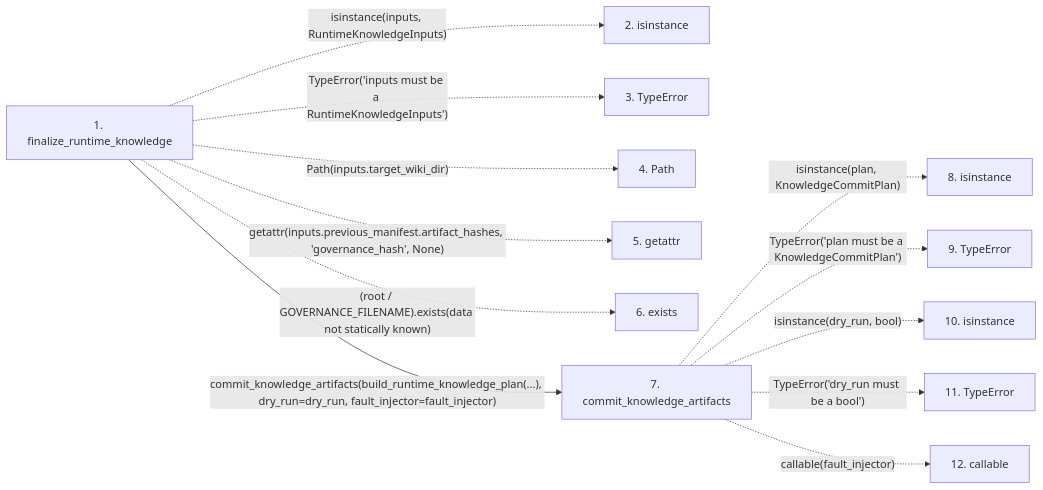
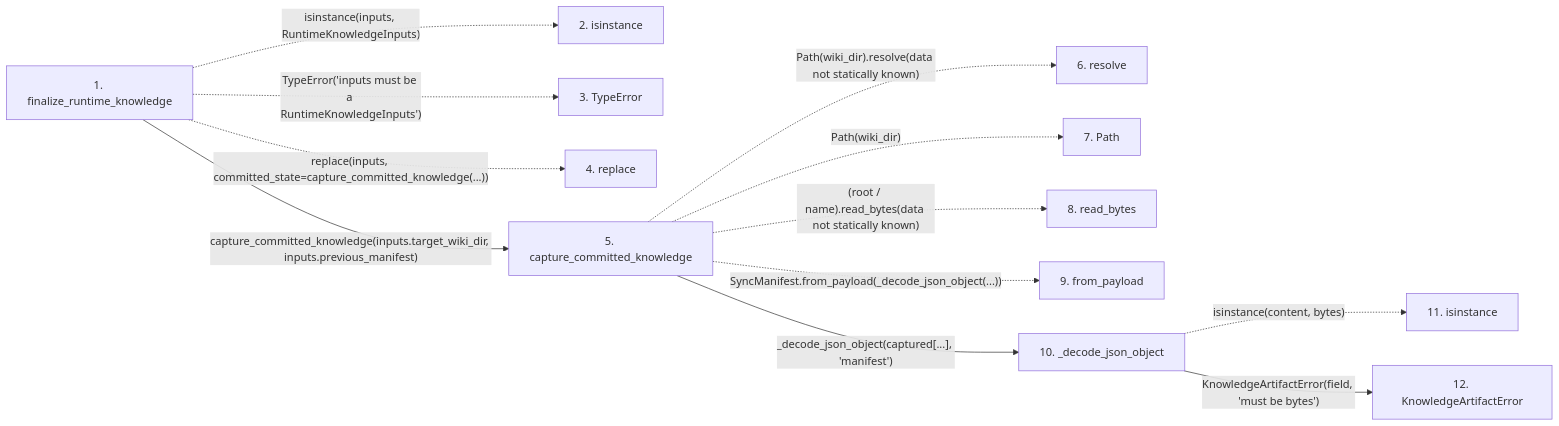
Before and after one commit to Denissvgn/python-wiki-llm: the second of 2 diagrams in docs/llm_wiki/flows/api-finalize_runtime_knowledge.md, drawn with Mermaid. The commit also changed other lines of this file and 240 other files, not shown here.

Commit message:
docs: refresh wiki for validated runtime updates

````diff
--- a/docs/llm_wiki/flows/api-finalize_runtime_knowledge.md
+++ b/docs/llm_wiki/flows/api-finalize_runtime_knowledge.md
@@ -95,28 +97,30 @@
 ```mermaid
 flowchart LR
     s1["1. finalize_runtime_knowledge"]
     s2["2. isinstance"]
     s3["3. TypeError"]
-    s4["4. Path"]
-    s5["5. getattr"]
-    s6["6. exists"]
-    s7["7. commit_knowledge_artifacts"]
-    s8["8. isinstance"]
-    s9["9. TypeError"]
-    s10["10. isinstance"]
-    s11["11. TypeError"]
-    s12["12. callable"]
+    s4["4. replace"]
+    s5["5. capture_committed_knowledge"]
+    s6["6. resolve"]
+    s7["7. Path"]
+    s8["8. read_bytes"]
+    s9["9. from_payload"]
+    s10["10. _decode_json_object"]
+    s11["11. isinstance"]
+    s12["12. KnowledgeArtifactError"]
     s1 -. "isinstance(inputs, RuntimeKnowledgeInputs)" .-> s2
     s1 -. "TypeError('inputs must be a RuntimeKnowledgeInputs')" .-> s3
-    s1 -. "Path(inputs.target_wiki_dir)" .-> s4
-    s1 -. "getattr(inputs.previous_manifest.artifact_hashes, 'governance_hash', None)" .-> s5
-    s1 -. "(root / GOVERNANCE_FILENAME).exists(data not statically known)" .-> s6
-    s1 -->|"commit_knowledge_artifacts(build_runtime_knowledge_plan(...), dry_run=dry_run, fault_injector=fault_injector)"| s7
-    s7 -. "isinstance(plan, KnowledgeCommitPlan)" .-> s8
-    s7 -. "TypeError('plan must be a KnowledgeCommitPlan')" .-> s9
-    s7 -. "isinstance(dry_run, bool)" .-> s10
-    s7 -. "TypeError('dry_run must be a bool')" .-> s11
-    s7 -. "callable(fault_injector)" .-> s12
+    s1 -. "replace(inputs, committed_state=capture_committed_knowledge(...))" .-> s4
+    s1 -->|"capture_committed_knowledge(inputs.target_wiki_dir, inputs.previous_manifest)"| s5
+    s5 -. "Path(wiki_dir).resolve(data not statically known)" .-> s6
+    s5 -. "Path(wiki_dir)" .-> s7
+    s5 -. "(root / name).read_bytes(data not statically known)" .-> s8
+    s5 -. "SyncManifest.from_payload(_decode_json_object(...))" .-> s9
+    s5 -->|"_decode_json_object(captured[...], 'manifest')"| s10
+    s10 -. "isinstance(content, bytes)" .-> s11
+    s10 -->|"KnowledgeArtifactError(field, 'must be bytes')"| s12
     click s1 "../modules/knowledge_orchestration.md"
-    click s7 "../modules/knowledge_artifacts.md"
+    click s5 "../modules/knowledge_orchestration.md"
+    click s10 "../modules/knowledge_artifacts.md"
+    click s12 "../modules/knowledge_artifacts.md"
 ```
````
